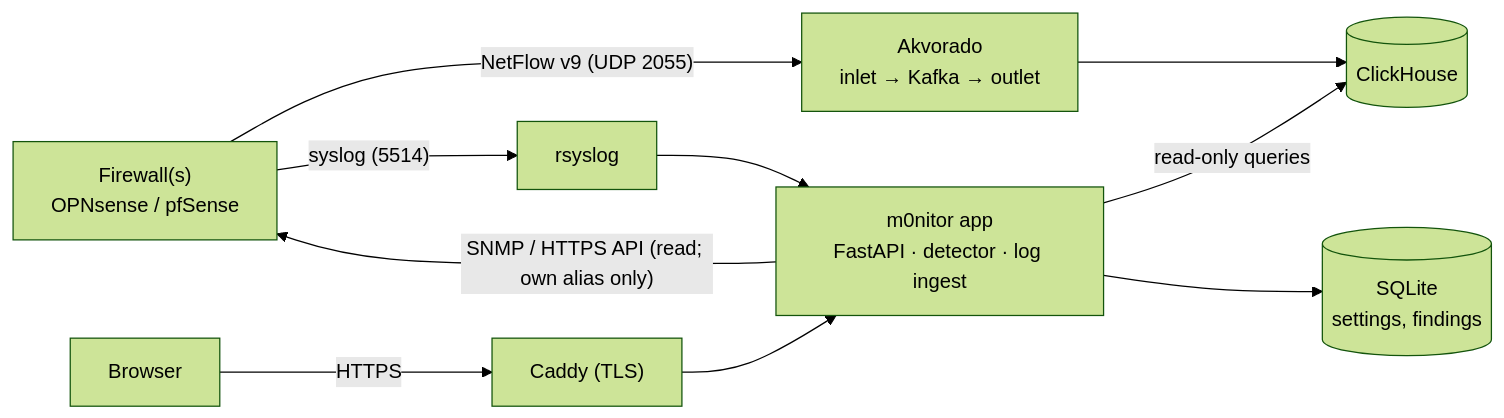
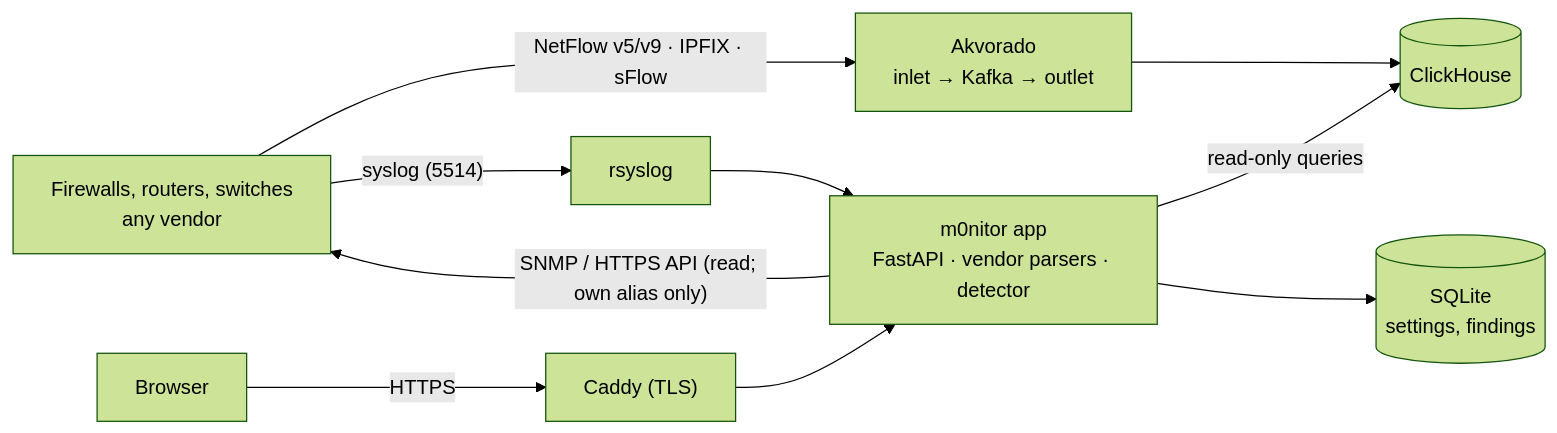
One commit to agit8or1/m0nitor changed the diagram in README.md. Above: the diagram before and after it, drawn with Mermaid (forest theme). The commit also changed other lines of this file and 57 other files, not shown here.

````diff
--- a/README.md
+++ b/README.md
@@ -88,10 +98,10 @@
 ```mermaid
 flowchart LR
-  FW["Firewall(s)<br>OPNsense / pfSense"] -- "NetFlow v9 (UDP 2055)" --> AK["Akvorado<br>inlet → Kafka → outlet"]
+  FW["Firewalls, routers, switches<br>any vendor"] -- "NetFlow v5/v9 · IPFIX · sFlow" --> AK["Akvorado<br>inlet → Kafka → outlet"]
   AK --> CH[("ClickHouse")]
-  FW -- "syslog (5514)" --> RS["rsyslog"] --> APP["m0nitor app<br>FastAPI · detector · log ingest"]
+  FW -- "syslog (5514)" --> RS["rsyslog"] --> APP["m0nitor app<br>FastAPI · vendor parsers · detector"]
   APP -- "SNMP / HTTPS API (read; own alias only)" --> FW
   APP -- "read-only queries" --> CH
   APP --> DB[("SQLite<br>settings, findings")]
   U["Browser"] -- HTTPS --> CA["Caddy (TLS)"] --> APP
 ```
````
